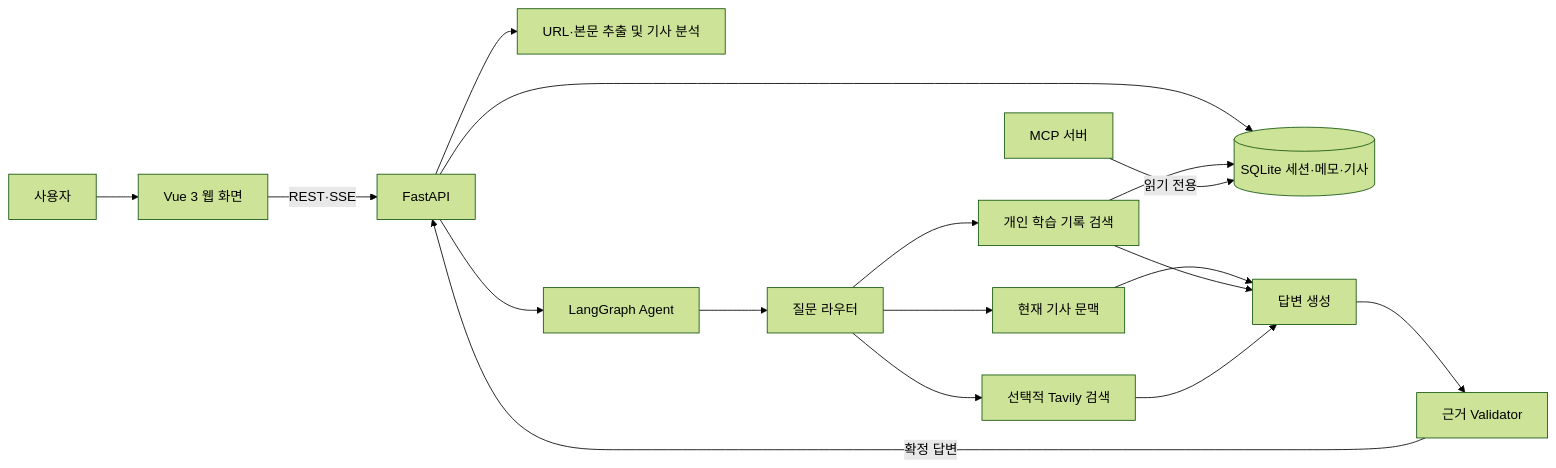
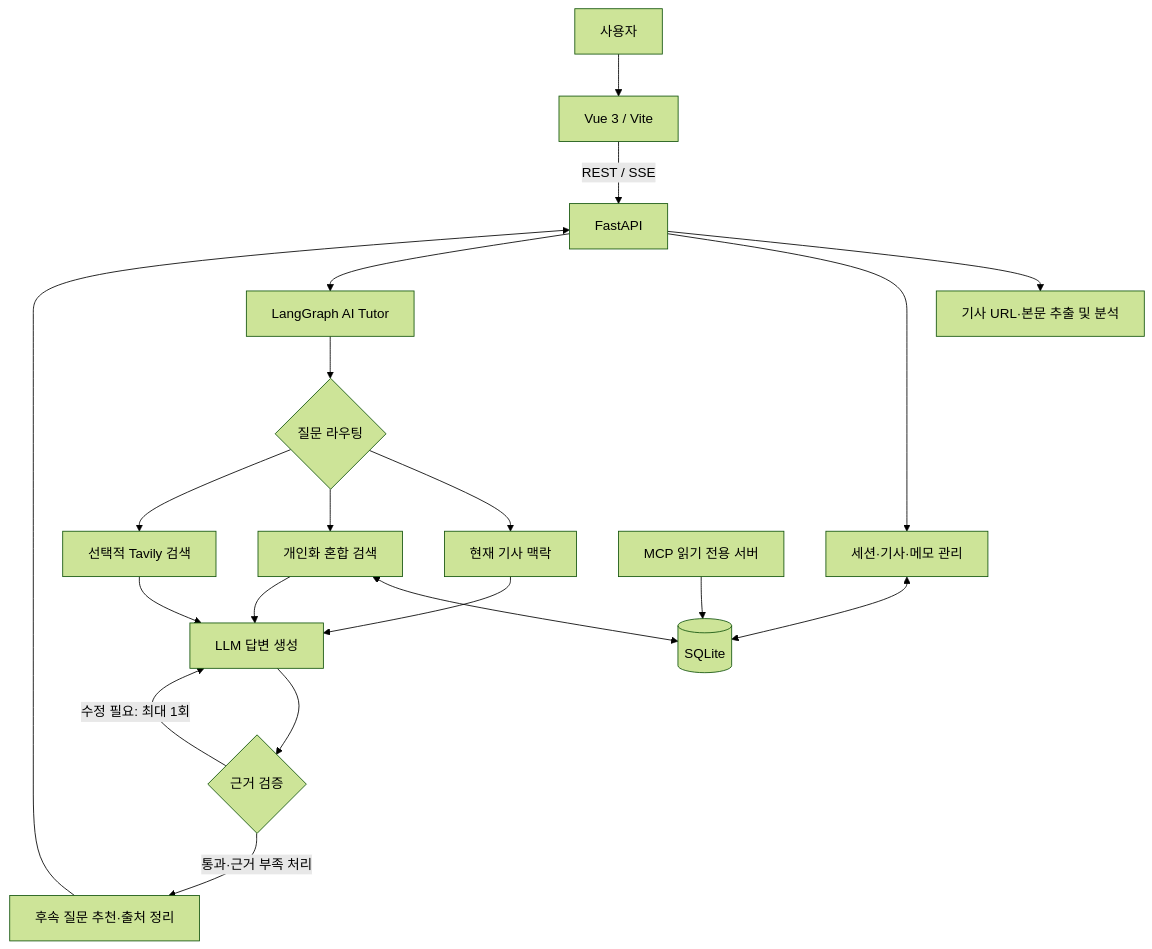
Before and after one commit to dyoungleee/skala-ai-service-pharmamate: the diagram in README.md, drawn with Mermaid (forest theme). The commit also changed other lines of this file, not shown here.

````diff
--- a/README.md
+++ b/README.md
@@ -38,19 +65,22 @@
 ```mermaid
-flowchart LR
-    U[사용자] --> V[Vue 3 웹 화면]
-    V -->|REST·SSE| API[FastAPI]
-    API --> EX[URL·본문 추출 및 기사 분석]
-    API --> G[LangGraph Agent]
-    API --> DB[(SQLite 세션·메모·기사)]
-    G --> R[질문 라우터]
-    R --> AC[현재 기사 문맥]
-    R --> MEM[개인 학습 기록 검색]
-    R --> WEB[선택적 Tavily 검색]
-    MEM --> DB
-    AC --> AN[답변 생성]
-    MEM --> AN
-    WEB --> AN
-    AN --> VA[근거 Validator]
-    VA -->|확정 답변| API
-    MCP[MCP 서버] -->|읽기 전용| DB
+flowchart TD
+    USER[사용자] --> VUE[Vue 3 / Vite]
+    VUE -->|REST / SSE| API[FastAPI]
+    API --> ARTICLE[기사 URL·본문 추출 및 분석]
+    API --> SESSION[세션·기사·메모 관리]
+    API --> GRAPH[LangGraph AI Tutor]
+    SESSION <--> SQL[(SQLite)]
+    GRAPH --> ROUTER{질문 라우팅}
+    ROUTER --> CTX[현재 기사 맥락]
+    ROUTER --> RAG[개인화 혼합 검색]
+    ROUTER --> WEB[선택적 Tavily 검색]
+    RAG <--> SQL
+    CTX --> ANSWER[LLM 답변 생성]
+    RAG --> ANSWER
+    WEB --> ANSWER
+    ANSWER --> VALIDATOR{근거 검증}
+    VALIDATOR -->|수정 필요: 최대 1회| ANSWER
+    VALIDATOR -->|통과·근거 부족 처리| FOLLOWUP[후속 질문 추천·출처 정리]
+    FOLLOWUP --> API
+    MCP[MCP 읽기 전용 서버] --> SQL
 ```
````
